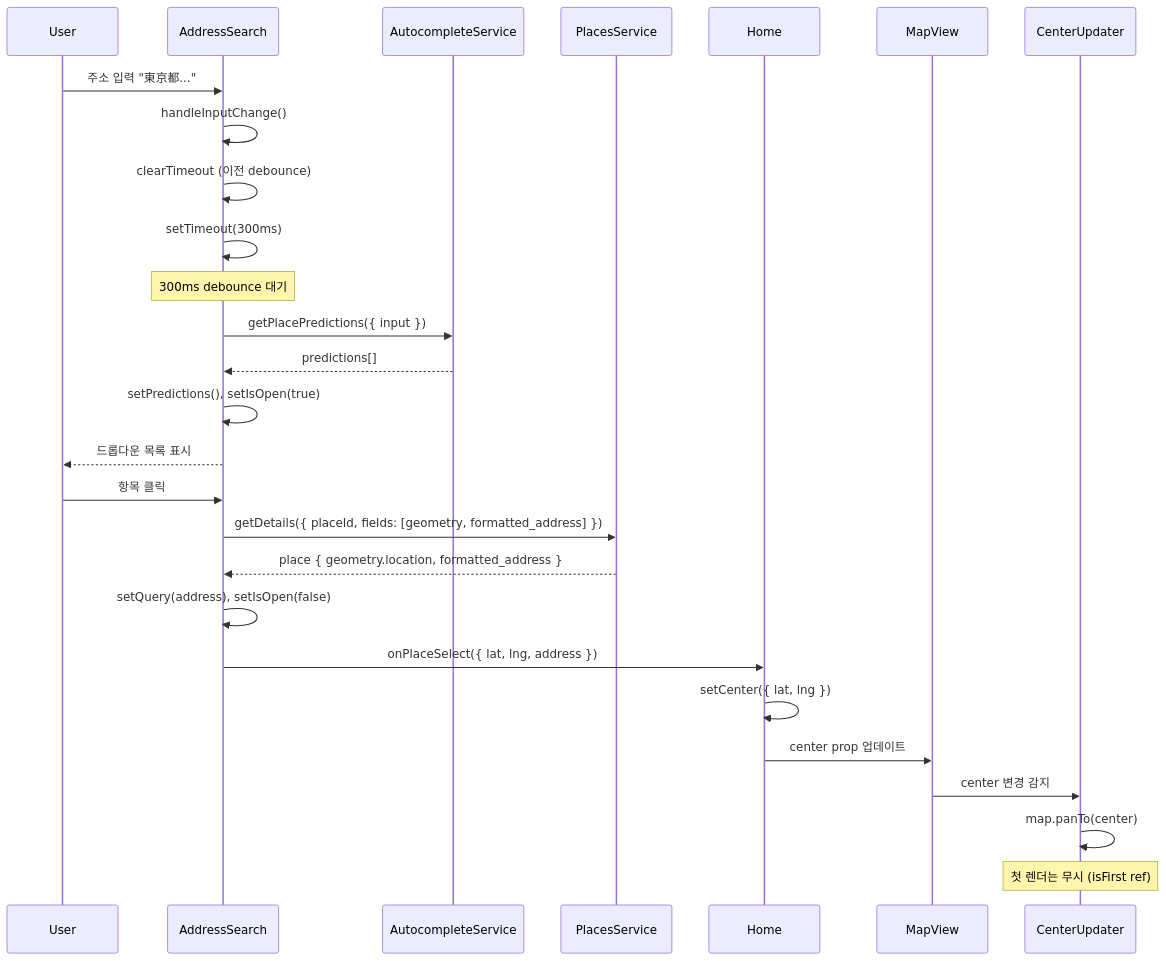
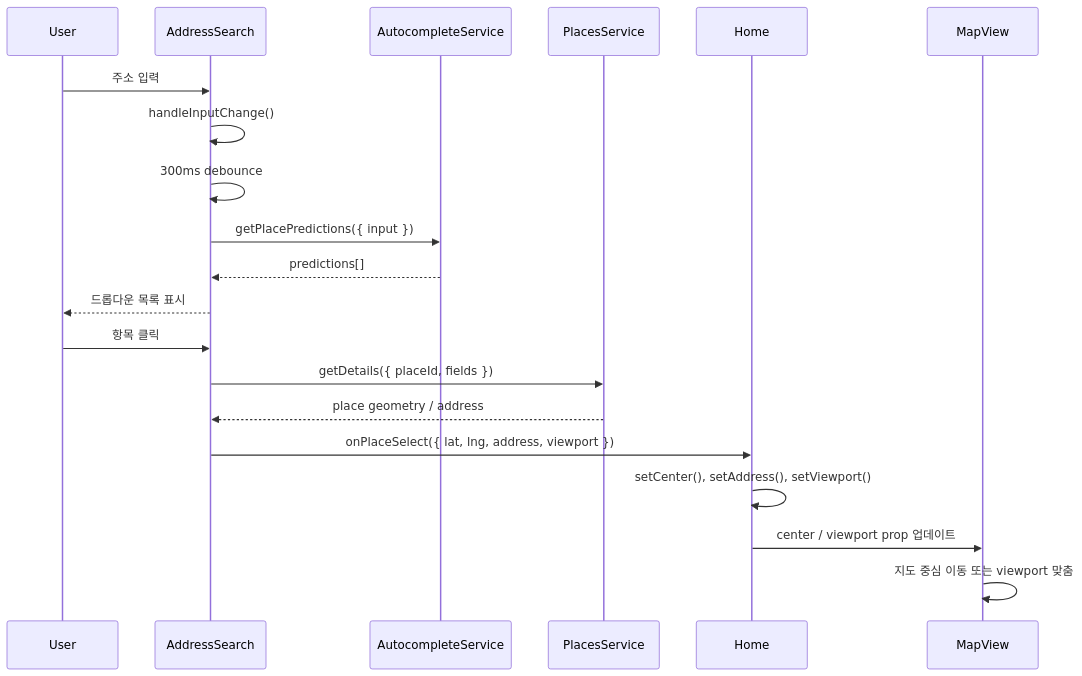
Before and after one commit to nalpari/solar-pv-system: the second of 7 diagrams in docs/sequence-diagrams.md, drawn with Mermaid. The commit also changed other lines of this file and 7 other files, not shown here.

````diff
--- a/docs/sequence-diagrams.md
+++ b/docs/sequence-diagrams.md
@@ -27,31 +27,23 @@
 ```mermaid
 sequenceDiagram
     participant U as User
     participant AS as AddressSearch
     participant AC as AutocompleteService
     participant PS as PlacesService
     participant H as Home
     participant M as MapView
-    participant CU as CenterUpdater
 
-    U->>AS: 주소 입력 "東京都..."
+    U->>AS: 주소 입력
     AS->>AS: handleInputChange()
-    AS->>AS: clearTimeout (이전 debounce)
-    AS->>AS: setTimeout(300ms)
-    Note over AS: 300ms debounce 대기
+    AS->>AS: 300ms debounce
     AS->>AC: getPlacePredictions({ input })
     AC-->>AS: predictions[]
-    AS->>AS: setPredictions(), setIsOpen(true)
     AS-->>U: 드롭다운 목록 표시
-
     U->>AS: 항목 클릭
-    AS->>PS: getDetails({ placeId, fields: [geometry, formatted_address] })
-    PS-->>AS: place { geometry.location, formatted_address }
-    AS->>AS: setQuery(address), setIsOpen(false)
-    AS->>H: onPlaceSelect({ lat, lng, address })
-    H->>H: setCenter({ lat, lng })
-    H->>M: center prop 업데이트
-    M->>CU: center 변경 감지
-    CU->>CU: map.panTo(center)
-    Note over CU: 첫 렌더는 무시 (isFirst ref)
+    AS->>PS: getDetails({ placeId, fields })
+    PS-->>AS: place geometry / address
+    AS->>H: onPlaceSelect({ lat, lng, address, viewport })
+    H->>H: setCenter(), setAddress(), setViewport()
+    H->>M: center / viewport prop 업데이트
+    M->>M: 지도 중심 이동 또는 viewport 맞춤
 ```
````
